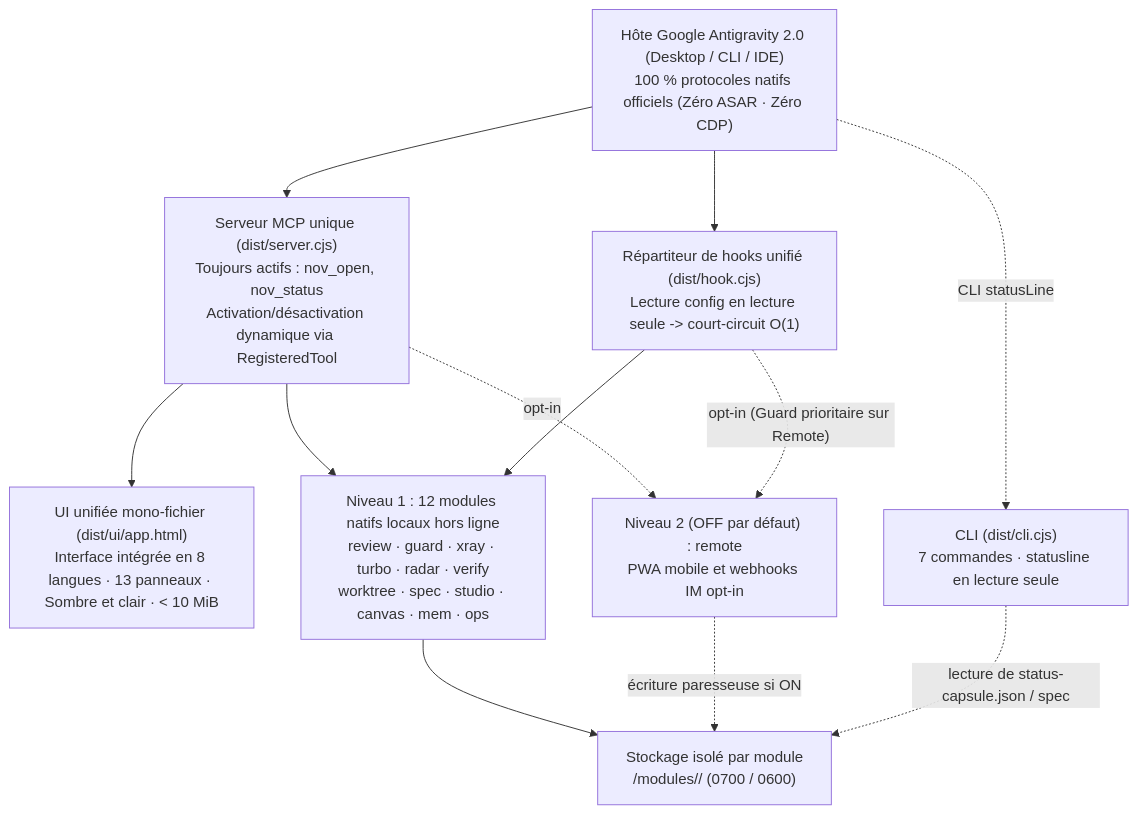
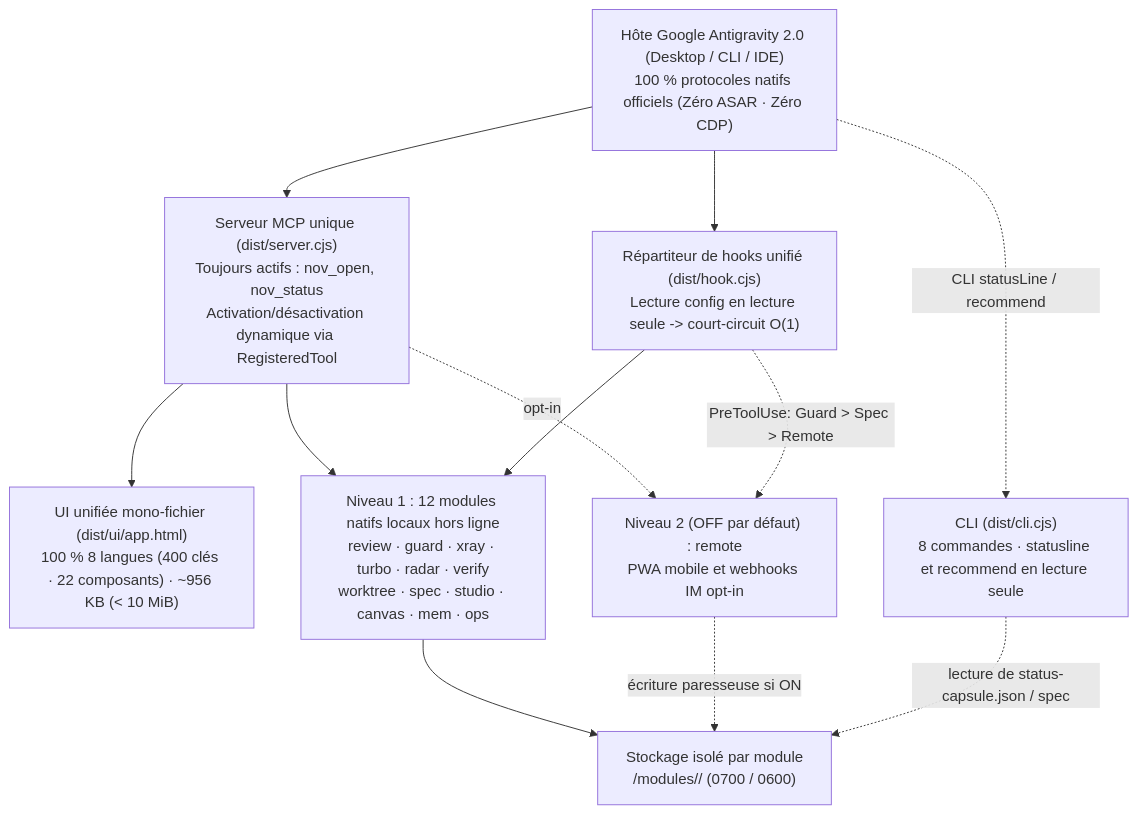
One commit to tone-leh/agy-NOV changed the diagram in docs/i18n/README.fr.md. Above: the diagram before and after it, drawn with Mermaid. The commit also changed other lines of this file and 74 other files, not shown here.

````diff
--- a/docs/i18n/README.fr.md
+++ b/docs/i18n/README.fr.md
@@ -198,23 +223,23 @@
 ```mermaid
 flowchart TB
   Host["Hôte Google Antigravity 2.0 (Desktop / CLI / IDE)\n100 % protocoles natifs officiels (Zéro ASAR · Zéro CDP)"]
   MCP["Serveur MCP unique (dist/server.cjs)\nToujours actifs : nov_open, nov_status\nActivation/désactivation dynamique via RegisteredTool"]
-  UI["UI unifiée mono-fichier (dist/ui/app.html)\nInterface intégrée en 8 langues · 13 panneaux · Sombre et clair · < 10 MiB"]
+  UI["UI unifiée mono-fichier (dist/ui/app.html)\n100 % 8 langues (400 clés · 22 composants) · ~956 KB (< 10 MiB)"]
   Hook["Répartiteur de hooks unifié (dist/hook.cjs)\nLecture config en lecture seule -> court-circuit O(1)"]
-  CLI["CLI (dist/cli.cjs)\n7 commandes · statusline en lecture seule"]
+  CLI["CLI (dist/cli.cjs)\n8 commandes · statusline et recommend en lecture seule"]
   Store["Stockage isolé par module\n<dataDir>/modules/<id>/ (0700 / 0600)"]
   T1["Niveau 1 : 12 modules natifs locaux hors ligne\nreview · guard · xray · turbo · radar · verify\nworktree · spec · studio · canvas · mem · ops"]
   T2R["Niveau 2 (OFF par défaut) : remote\nPWA mobile et webhooks IM opt-in"]
 
   Host --> MCP
   Host --> Hook
-  Host -. "CLI statusLine" .-> CLI
+  Host -. "CLI statusLine / recommend" .-> CLI
   MCP --> UI
   MCP --> T1
   MCP -. "opt-in" .-> T2R
   Hook --> T1
-  Hook -. "opt-in (Guard prioritaire sur Remote)" .-> T2R
+  Hook -. "PreToolUse: Guard > Spec > Remote" .-> T2R
   T1 --> Store
   T2R -. "écriture paresseuse si ON" .-> Store
   CLI -. "lecture de status-capsule.json / spec" .-> Store
 ```
````
